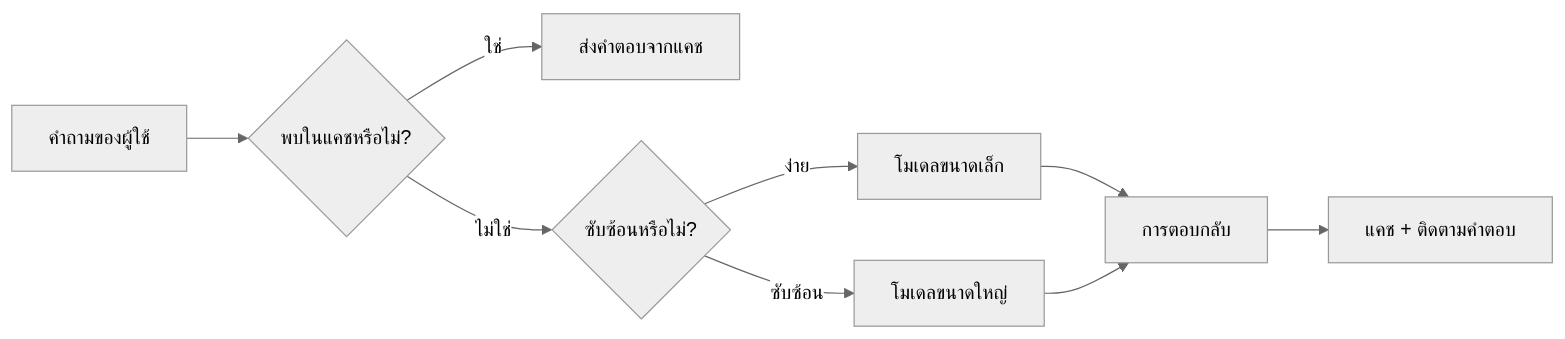
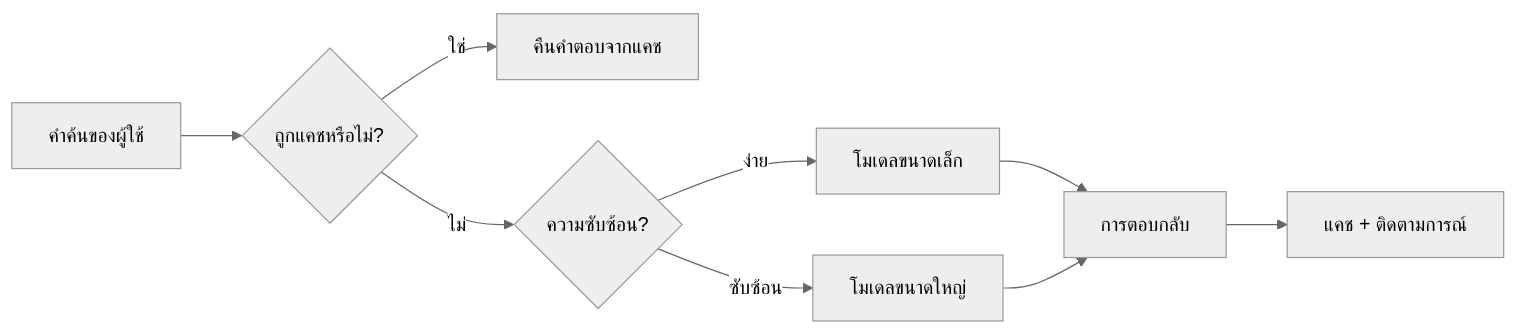
One commit to gabrielmoreira/agent-skills-mirror changed the third of 4 diagrams in mirrors/repos/microsoft@ai-agents-for-beginners/translations/th/16-deploying-scalable-agents/README.md. Above: the diagram before and after it, drawn with Mermaid (neutral theme). The commit also changed other lines of this file and 4262 other files, not shown here.

````diff
--- a/mirrors/repos/microsoft@ai-agents-for-beginners/translations/th/16-deploying-scalable-agents/README.md
+++ b/mirrors/repos/microsoft@ai-agents-for-beginners/translations/th/16-deploying-scalable-agents/README.md
@@ -134,11 +134,11 @@
 ```mermaid
 flowchart LR
-    Q[คำถามของผู้ใช้] --> C{พบในแคชหรือไม่?}
-    C -->|ใช่| R[ส่งคำตอบจากแคช]
-    C -->|ไม่ใช่| Router{ซับซ้อนหรือไม่?}
+    Q[คำค้นของผู้ใช้] --> C{ถูกแคชหรือไม่?}
+    C -->|ใช่| R[คืนคำตอบจากแคช]
+    C -->|ไม่| Router{ความซับซ้อน?}
     Router -->|ง่าย| SLM[โมเดลขนาดเล็ก]
     Router -->|ซับซ้อน| LLM[โมเดลขนาดใหญ่]
     SLM --> Out[การตอบกลับ]
     LLM --> Out
-    Out --> Store[แคช + ติดตามคำตอบ]
+    Out --> Store[แคช + ติดตามการณ์]
 ```
````
